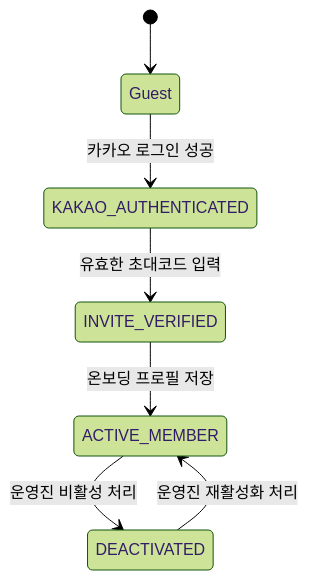
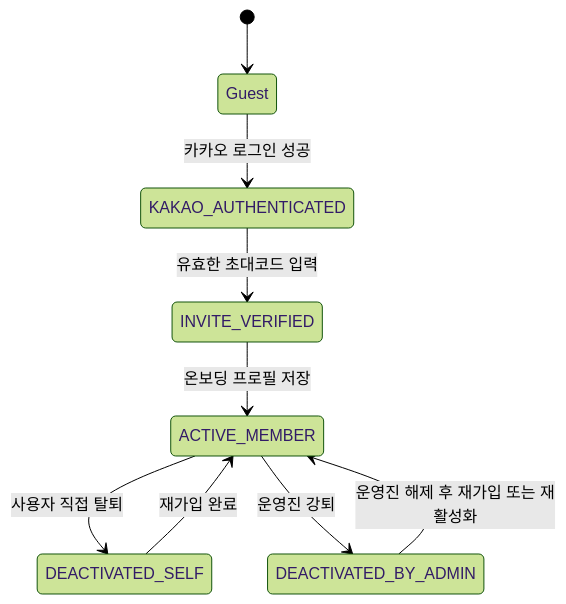
One commit to ljh468/growth-archive changed the first of 4 diagrams in docs/prd/PRD_002_Users_Auth_Permissions_Onboarding.md. Above: the diagram before and after it, drawn with Mermaid (forest theme). The commit also changed other lines of this file and 10 other files, not shown here.

````diff
--- a/docs/prd/PRD_002_Users_Auth_Permissions_Onboarding.md
+++ b/docs/prd/PRD_002_Users_Auth_Permissions_Onboarding.md
@@ -248,9 +250,11 @@
 ```mermaid
 stateDiagram-v2
     [*] --> Guest
     Guest --> KAKAO_AUTHENTICATED: 카카오 로그인 성공
     KAKAO_AUTHENTICATED --> INVITE_VERIFIED: 유효한 초대코드 입력
     INVITE_VERIFIED --> ACTIVE_MEMBER: 온보딩 프로필 저장
-    ACTIVE_MEMBER --> DEACTIVATED: 운영진 비활성 처리
-    DEACTIVATED --> ACTIVE_MEMBER: 운영진 재활성화 처리
+    ACTIVE_MEMBER --> DEACTIVATED_SELF: 사용자 직접 탈퇴
+    ACTIVE_MEMBER --> DEACTIVATED_BY_ADMIN: 운영진 강퇴
+    DEACTIVATED_SELF --> ACTIVE_MEMBER: 재가입 완료
+    DEACTIVATED_BY_ADMIN --> ACTIVE_MEMBER: 운영진 해제 후 재가입 또는 재활성화
 ```
````
